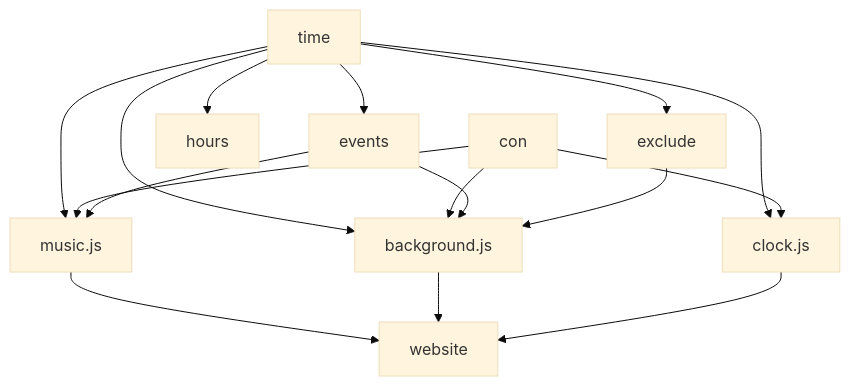
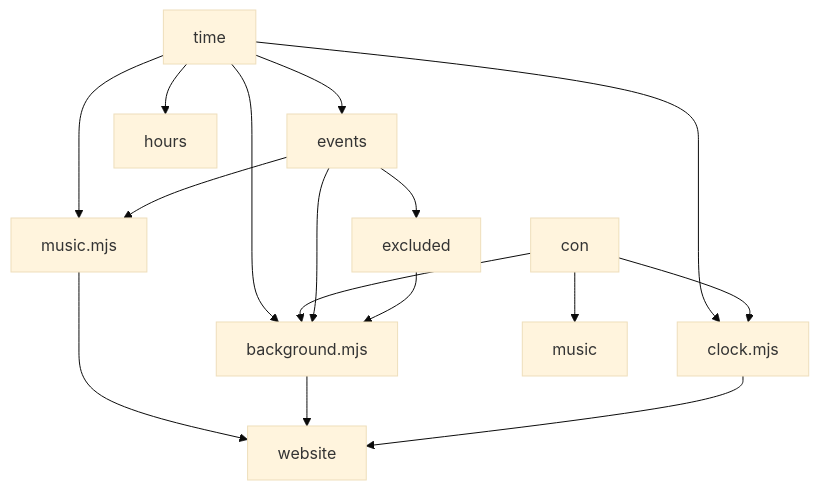
The diagram in README.md (Reper2/acnh), drawn with Mermaid (base theme) before and after one commit. The commit also changed other lines of this file and 109 other files, not shown here.

````diff
--- a/README.md
+++ b/README.md
@@ -45,22 +52,22 @@
 ```mermaid
 graph TD;
     time-->events;
-    time-->exclude;
     time-->hours;
-    time-->music.js;
-    time-->background.js;
-    time-->clock.js;
+    time-->music.mjs;
+    time-->background.mjs;
+    time-->clock.mjs;
 
-    con-->music.js;
-    con-->background.js;
-    con-->clock.js;
+    con-->music;
+    con-->background.mjs;
+    con-->clock.mjs;
 
-    events-->music.js;
-    events-->background.js;
+    events-->music.mjs;
+    events-->background.mjs;
+    events-->excluded;
 
-    exclude-->background.js;
+    excluded-->background.mjs;
 
-    music.js-->website
-    background.js-->website
-    clock.js-->website
+    music.mjs-->website
+    background.mjs-->website
+    clock.mjs-->website
 ```
````
